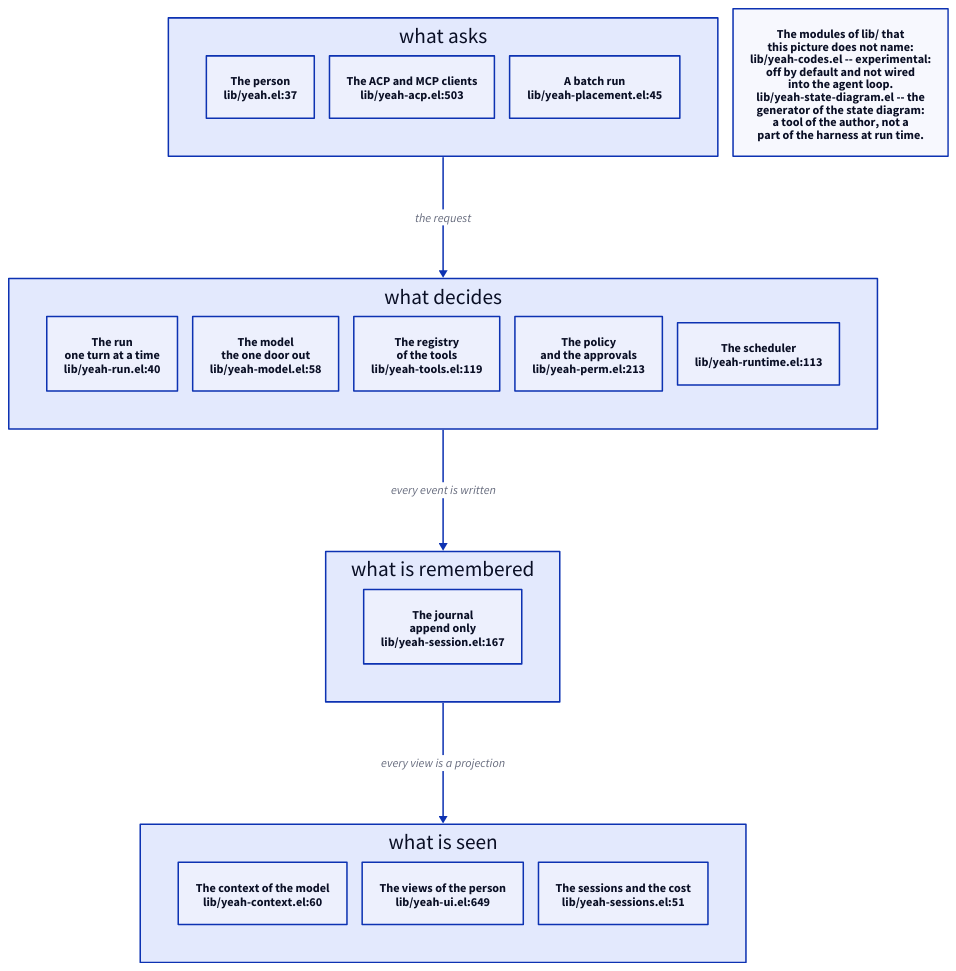
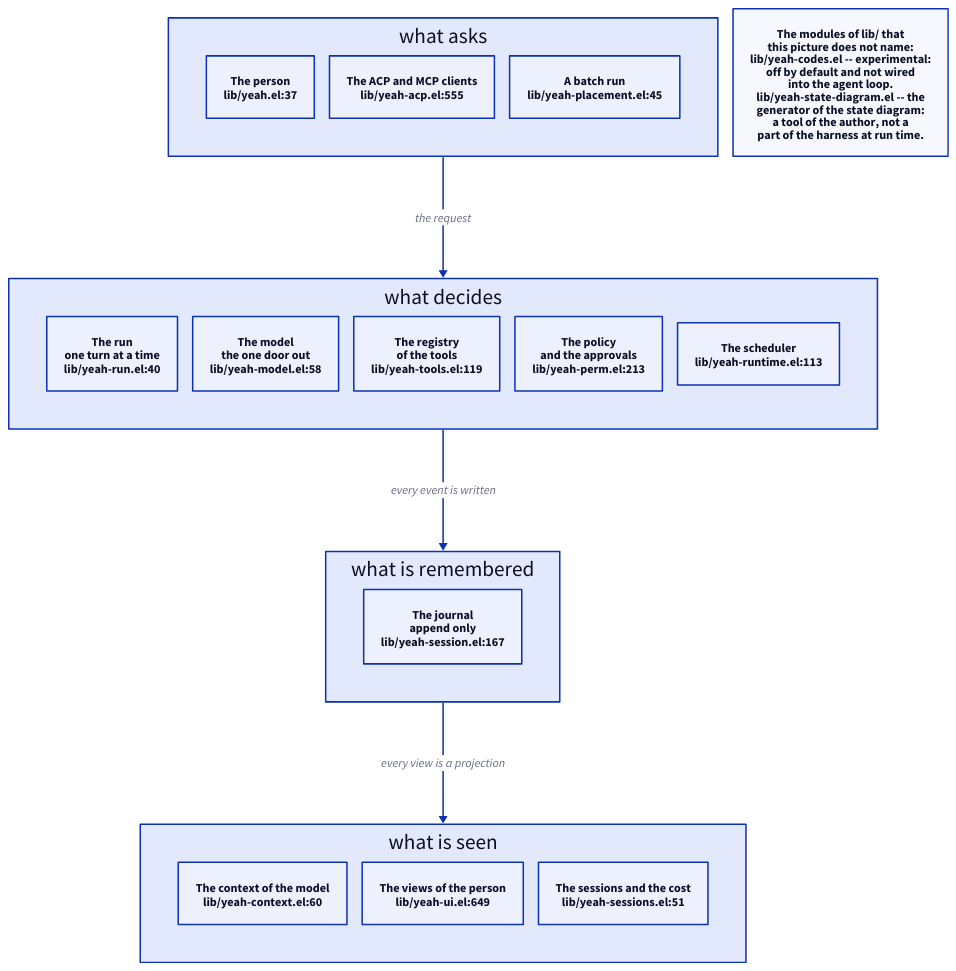
The diagram in site/diagrams/core-layers.d2 (11111000000/yeah), drawn with D2 before and after one commit. The commit also changed 5 other files, not shown here.

Commit message:
fix(site): re-anchor ACP diagram references

```diff
--- a/site/diagrams/core-layers.d2
+++ b/site/diagrams/core-layers.d2
@@ -1,64 +1,64 @@
 # The layers of the core of Yeah: what asks, what decides, what is
 # remembered and what is seen.
 #
 # The same picture as the component architecture of `docs/ARCHITECTURE.md'
 # section 5, in the notation of bands: the driver submits to the run
 # controller, the controller drives the model adapter, the tool registry and
 # the policy, the scheduler runs what may run, everything that happened is
 # written into one journal, and the projections read the journal.
 #
 # Every block names the file that implements it, as `file:line'.  The
 # modules of `lib/' that this picture does not name are listed in the note
 # at the end of this file, with the reason why they are not there.
 
 # The engine of this one picture is elk: its layout packs the leaves of
 # every band tighter than dagre, and a picture that is wider than the column
 # of the page is scaled down until its words are smaller than the words of
 # the page (the check
 # `check-the-pictures-are-readable-in-the-column.el' measures it).
 vars: {
   d2-config: {
     layout-engine: elk
   }
 }
 
 ask: "what asks" {
   human: "The person\nlib/yeah.el:37"
-  clients: "The ACP and MCP clients\nlib/yeah-acp.el:503"
+  clients: "The ACP and MCP clients\nlib/yeah-acp.el:555"
   batch: "A batch run\nlib/yeah-placement.el:45"
 }
 
 decide: "what decides" {
   run: "The run\none turn at a time\nlib/yeah-run.el:40"
   model: "The model\nthe one door out\nlib/yeah-model.el:58"
   registry: "The registry\nof the tools\nlib/yeah-tools.el:119"
   policy: "The policy\nand the approvals\nlib/yeah-perm.el:213"
   scheduler: "The scheduler\nlib/yeah-runtime.el:113"
 }
 
 memory: "what is remembered" {
   journal: "The journal\nappend only\nlib/yeah-session.el:167" {
     class: subject
   }
 }
 
 seen: "what is seen" {
   context: "The context of the model\nlib/yeah-context.el:60"
   views: "The views of the person\nlib/yeah-ui.el:649"
   cost: "The sessions and the cost\nlib/yeah-sessions.el:51"
 }
 
 ask -> decide: {
   class: flow
   label: "the request"
 }
 decide -> memory: {
   class: flow
   label: "every event is written"
 }
 memory -> seen: {
   class: flow
   label: "every view is a projection"
 }
 
 note: "The modules of lib/ that\nthis picture does not name:\nlib/yeah-codes.el -- experimental:\noff by default and not wired\ninto the agent loop.\nlib/yeah-state-diagram.el -- the\ngenerator of the state diagram:\na tool of the author, not a\npart of the harness at run time."
```
